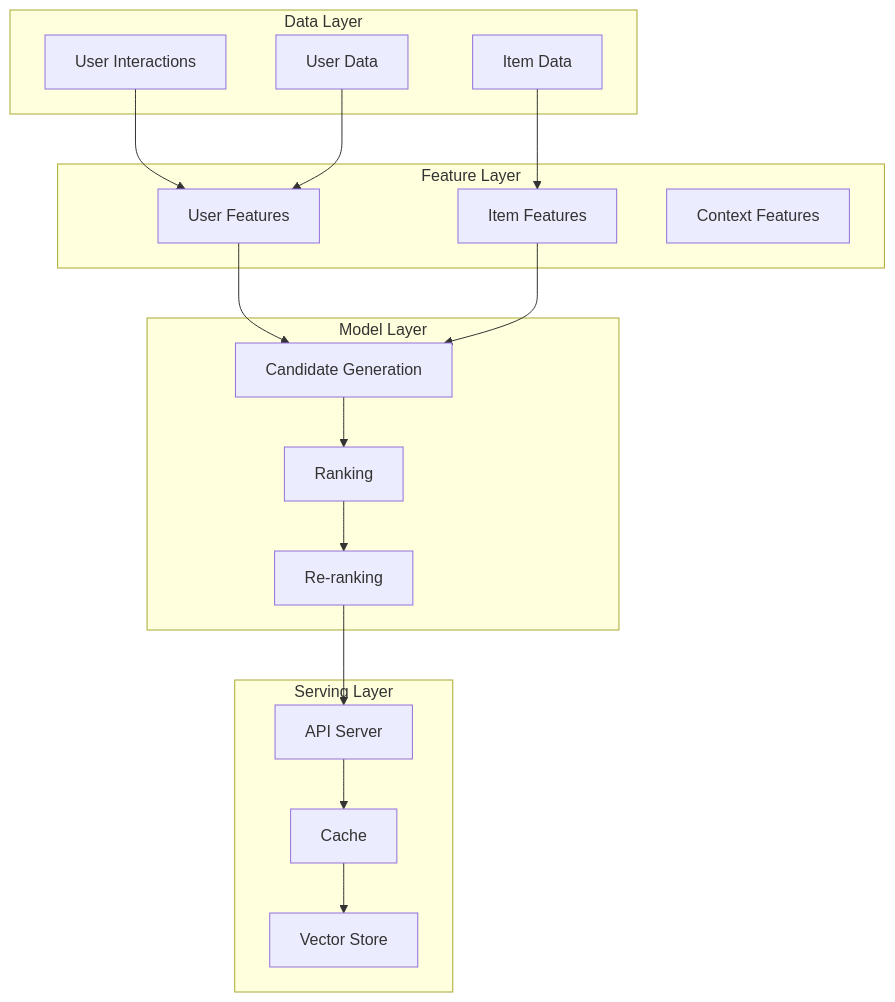
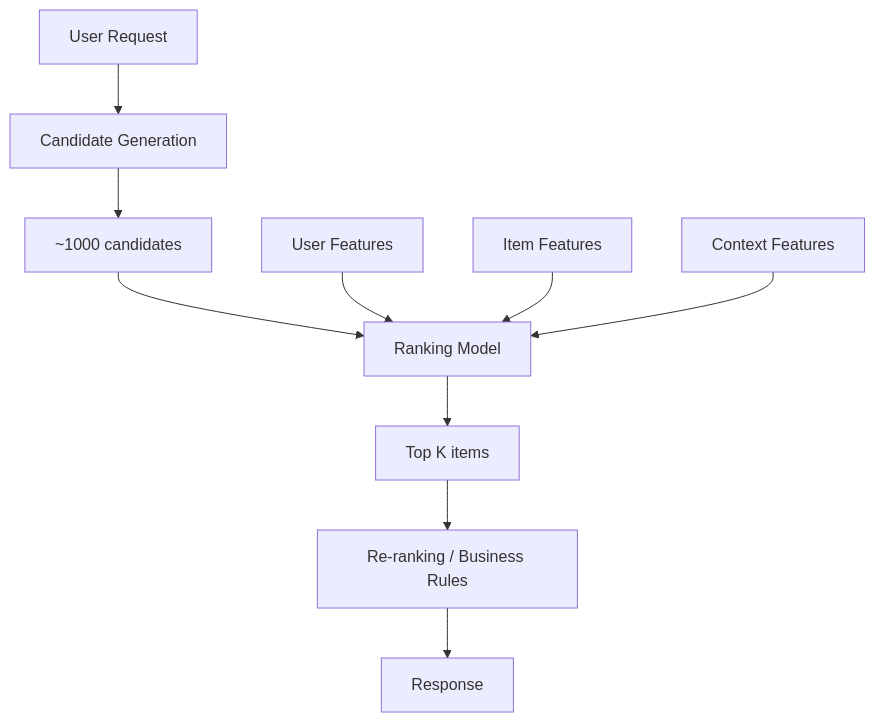
Before and after one commit to vanos001/placement_prep: the diagram in src/ml/system-design/recommendation.md, drawn with Mermaid. The commit also changed other lines of this file and 13 other files, not shown here.

````diff
--- a/src/ml/system-design/recommendation.md
+++ b/src/ml/system-design/recommendation.md
@@ -9,39 +9,12 @@
 ```mermaid
-graph TB
-    subgraph "Data Layer"
-        UI[User Interactions]
-        ID[Item Data]
-        UD[User Data]
-    end
-    
-    subgraph "Feature Layer"
-        UF[User Features]
-        IF[Item Features]
-        CF[Context Features]
-    end
-    
-    subgraph "Model Layer"
-        CG[Candidate Generation]
-        R[Ranking]
-        RR[Re-ranking]
-    end
-    
-    subgraph "Serving Layer"
-        API[API Server]
-        Cache[Cache]
-        Store[Vector Store]
-    end
-    
-    UI --> UF
-    ID --> IF
-    UD --> UF
-    
-    UF --> CG
-    IF --> CG
-    CG --> R
-    R --> RR
-    RR --> API
-    
-    API --> Cache
-    Cache --> Store
+graph TD
+    A[User Request] --> B[Candidate Generation]
+    B --> C[~1000 candidates]
+    C --> D[Ranking Model]
+    D --> E[Top K items]
+    E --> F[Re-ranking / Business Rules]
+    F --> G[Response]
+    H[User Features] --> D
+    I[Item Features] --> D
+    J[Context Features] --> D
 ```
````
